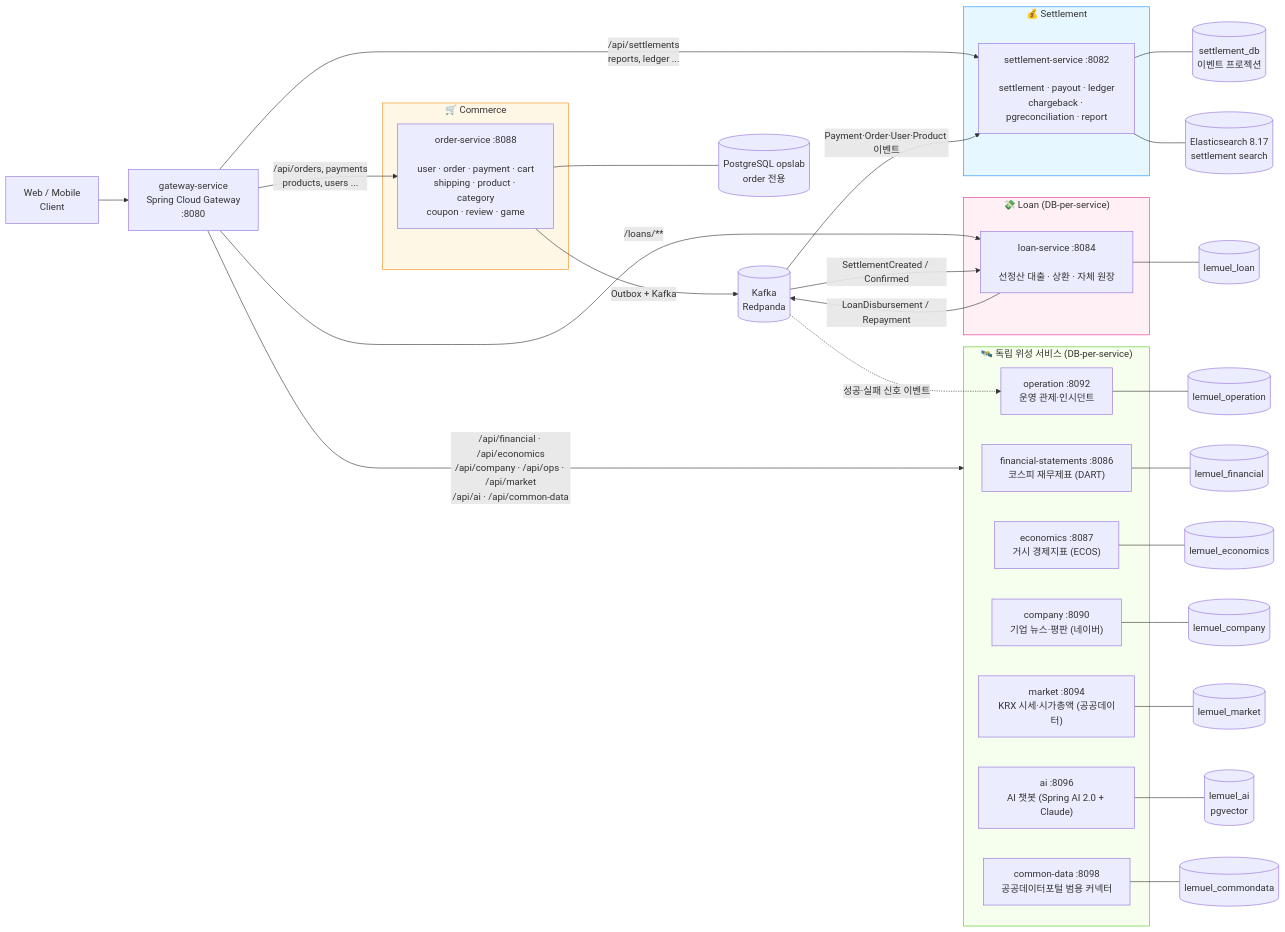
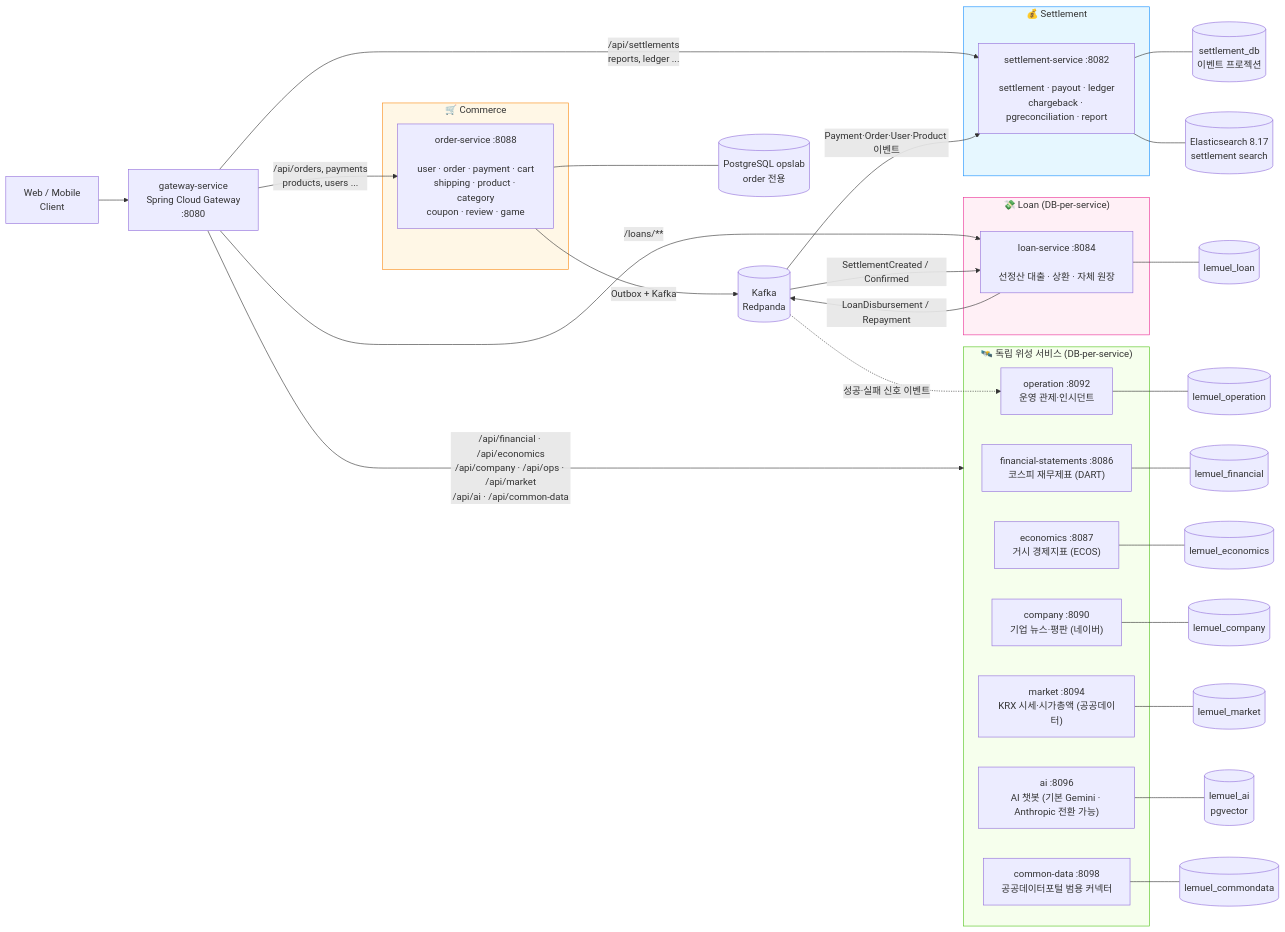
The diagram in README.md (MyoungSoo7/settlement), drawn with Mermaid before and after one commit. The commit also changed other lines of this file and 1 other file, not shown here.

First line of the commit message:
docs: CLAUDE.md·README ai-service Gemini provider 전환·커버리지 게이트 90% 동기화

````diff
--- a/README.md
+++ b/README.md
@@ -28,52 +28,52 @@
 ```mermaid
 flowchart LR
     Client["Web / Mobile<br/>Client"] --> GW
     GW["gateway-service<br/>Spring Cloud Gateway<br/>:8080"]
 
     GW -->|/api/orders, payments<br/>products, users ...| OS
     GW -->|/api/settlements<br/>reports, ledger ...| SS
     GW -->|/loans/**| LS
     GW -->|/api/financial · /api/economics<br/>/api/company · /api/ops · /api/market<br/>/api/ai · /api/common-data| SAT
 
     subgraph commerce["🛒 Commerce"]
         OS["order-service :8088<br/><br/>user · order · payment · cart<br/>shipping · product · category<br/>coupon · review · game"]
     end
     subgraph settlement["💰 Settlement"]
         SS["settlement-service :8082<br/><br/>settlement · payout · ledger<br/>chargeback · pgreconciliation · report"]
     end
     subgraph loan["💸 Loan (DB-per-service)"]
         LS["loan-service :8084<br/><br/>선정산 대출 · 상환 · 자체 원장"]
     end
     subgraph SAT["🛰️ 독립 위성 서비스 (DB-per-service)"]
         FIN["financial-statements :8086<br/>코스피 재무제표 (DART)"]
         ECO["economics :8087<br/>거시 경제지표 (ECOS)"]
         COM["company :8090<br/>기업 뉴스·평판 (네이버)"]
         OPS["operation :8092<br/>운영 관제·인시던트"]
         MKT["market :8094<br/>KRX 시세·시가총액 (공공데이터)"]
-        AI["ai :8096<br/>AI 챗봇 (Spring AI 2.0 + Claude)"]
+        AI["ai :8096<br/>AI 챗봇 (기본 Gemini · Anthropic 전환 가능)"]
         CDS["common-data :8098<br/>공공데이터포털 범용 커넥터"]
     end
 
     OS -->|Outbox + Kafka| K[(Kafka<br/>Redpanda)]
     K -->|Payment·Order·User·Product 이벤트| SS
     K -->|SettlementCreated / Confirmed| LS
     LS -->|LoanDisbursement / Repayment| K
     K -.->|성공·실패 신호 이벤트| OPS
 
     OS --- PG[(PostgreSQL opslab<br/>order 전용)]
     SS --- SDB[(settlement_db<br/>이벤트 프로젝션)]
     LS --- LDB[(lemuel_loan)]
     SS --- ES[(Elasticsearch 8.17<br/>settlement search)]
     FIN --- FDB[(lemuel_financial)]
     ECO --- EDB[(lemuel_economics)]
     COM --- CDB[(lemuel_company)]
     OPS --- ODB[(lemuel_operation)]
     MKT --- MDB[(lemuel_market)]
     AI --- AIDB[(lemuel_ai<br/>pgvector)]
     CDS --- CDDB[(lemuel_commondata)]
 
     style commerce fill:#fff7e6,stroke:#fa8c16
     style settlement fill:#e6f7ff,stroke:#1890ff
     style loan fill:#fff0f6,stroke:#eb2f96
     style SAT fill:#f6ffed,stroke:#52c41a
 ```
````
